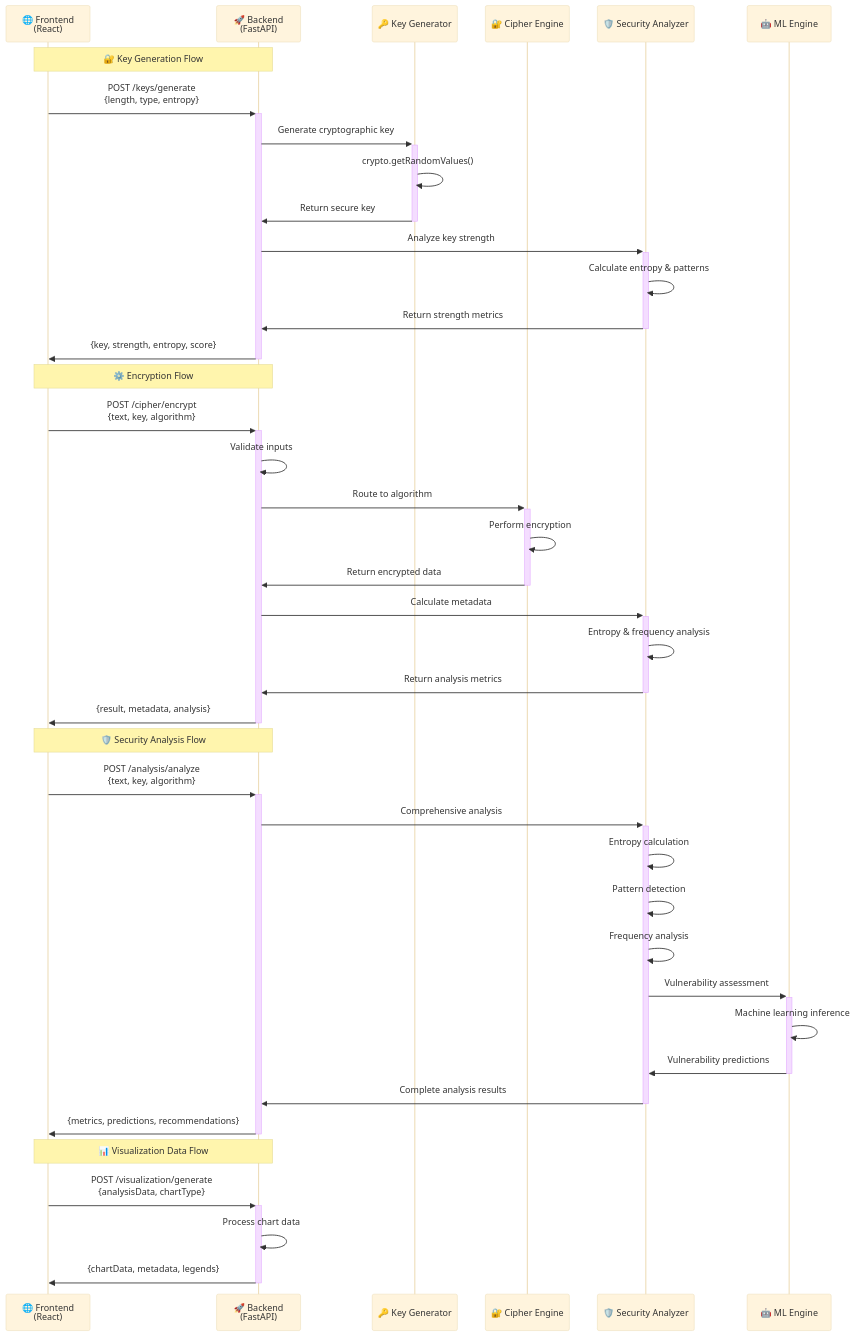
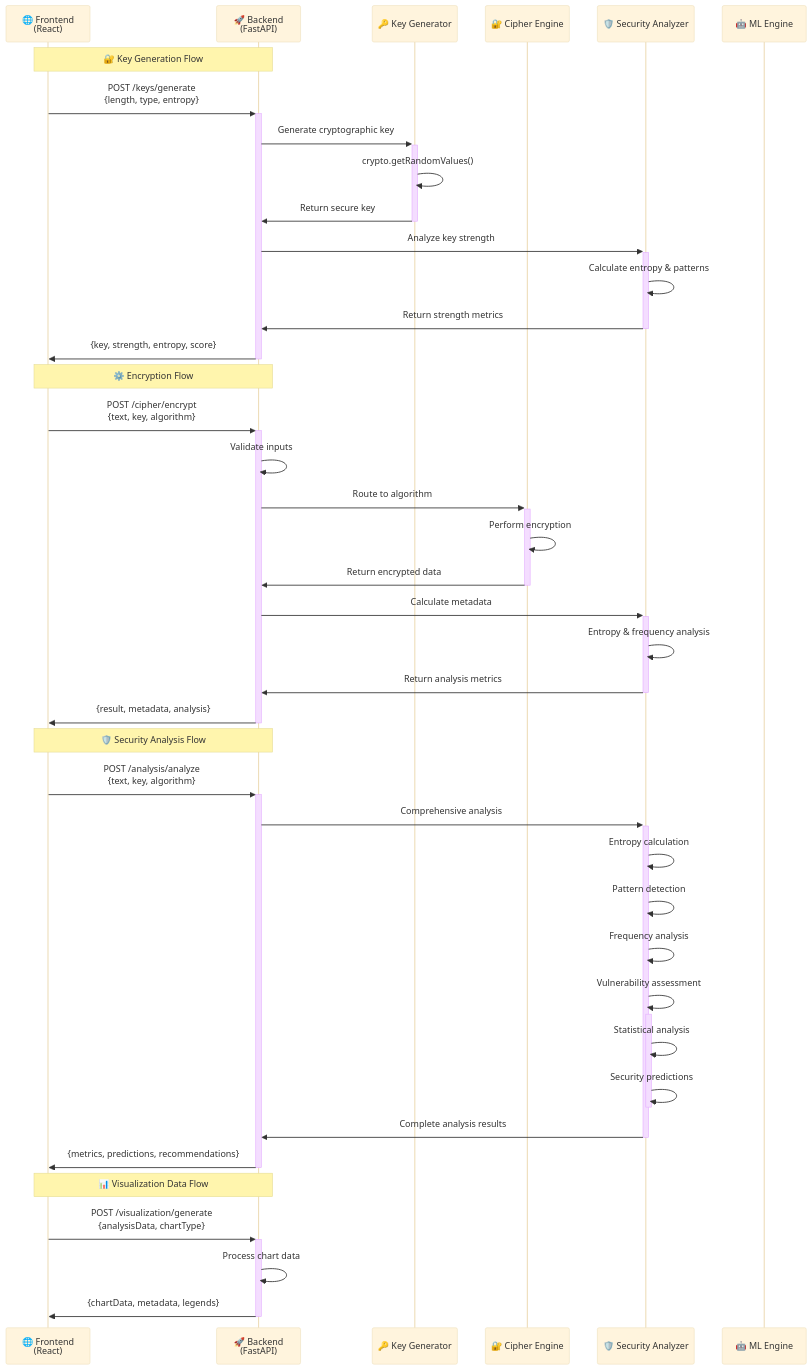
One commit to anirudh-tyagi/ai-cyber-cypher changed the second of 2 diagrams in TECHNICAL_DOCUMENTATION.md. Above: the diagram before and after it, drawn with Mermaid (base theme). The commit also changed other lines of this file and 3 other files, not shown here.

````diff
--- a/TECHNICAL_DOCUMENTATION.md
+++ b/TECHNICAL_DOCUMENTATION.md
@@ -899,47 +899,47 @@
 ```mermaid
 sequenceDiagram
     participant FE as 🌐 Frontend<br/>(React)
     participant API as 🚀 Backend<br/>(FastAPI)
     participant KG as 🔑 Key Generator
     participant CE as 🔐 Cipher Engine
     participant SA as 🛡️ Security Analyzer
     participant ML as 🤖 ML Engine
 
     Note over FE,API: 🔐 Key Generation Flow
     FE->>+API: POST /keys/generate<br/>{length, type, entropy}
     API->>+KG: Generate cryptographic key
     KG->>KG: crypto.getRandomValues()
     KG->>-API: Return secure key
     API->>+SA: Analyze key strength
     SA->>SA: Calculate entropy & patterns
     SA->>-API: Return strength metrics
     API->>-FE: {key, strength, entropy, score}
 
     Note over FE,API: ⚙️ Encryption Flow
     FE->>+API: POST /cipher/encrypt<br/>{text, key, algorithm}
     API->>API: Validate inputs
     API->>+CE: Route to algorithm
     CE->>CE: Perform encryption
     CE->>-API: Return encrypted data
     API->>+SA: Calculate metadata
     SA->>SA: Entropy & frequency analysis
     SA->>-API: Return analysis metrics
     API->>-FE: {result, metadata, analysis}
 
     Note over FE,API: 🛡️ Security Analysis Flow
     FE->>+API: POST /analysis/analyze<br/>{text, key, algorithm}
     API->>+SA: Comprehensive analysis
     SA->>SA: Entropy calculation
     SA->>SA: Pattern detection
     SA->>SA: Frequency analysis
-    SA->>+ML: Vulnerability assessment
-    ML->>ML: Machine learning inference
-    ML->>-SA: Vulnerability predictions
+    SA->>+SA: Vulnerability assessment
+    SA->>SA: Statistical analysis
+    SA->>-SA: Security predictions
     SA->>-API: Complete analysis results
     API->>-FE: {metrics, predictions, recommendations}
 
     Note over FE,API: 📊 Visualization Data Flow
     FE->>+API: POST /visualization/generate<br/>{analysisData, chartType}
     API->>API: Process chart data
     API->>-FE: {chartData, metadata, legends}
 ```
````
